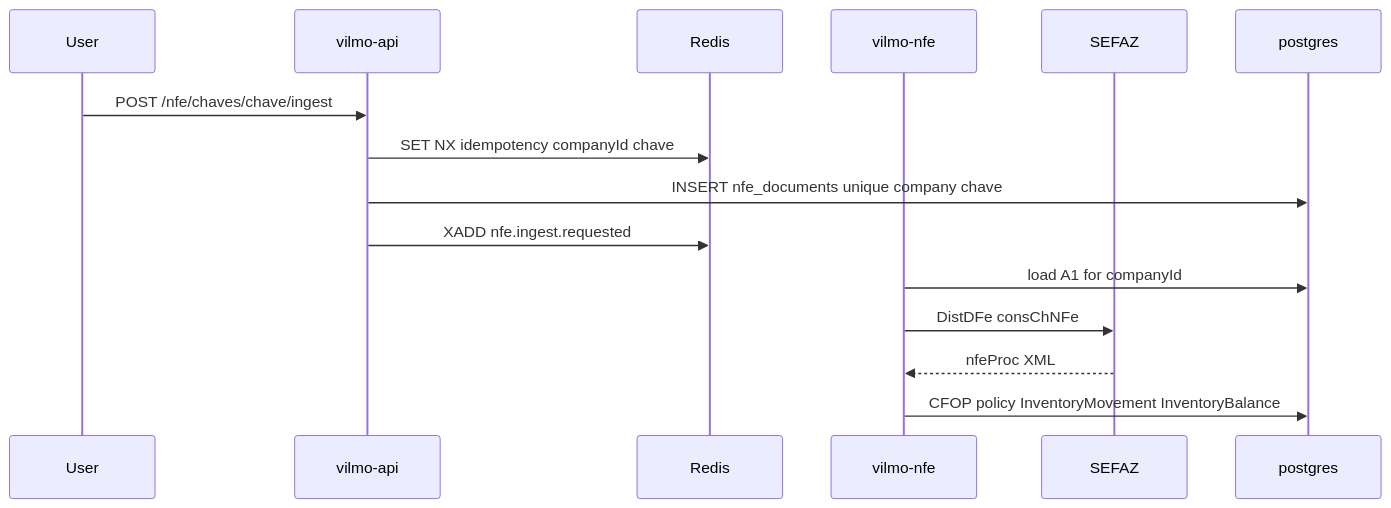
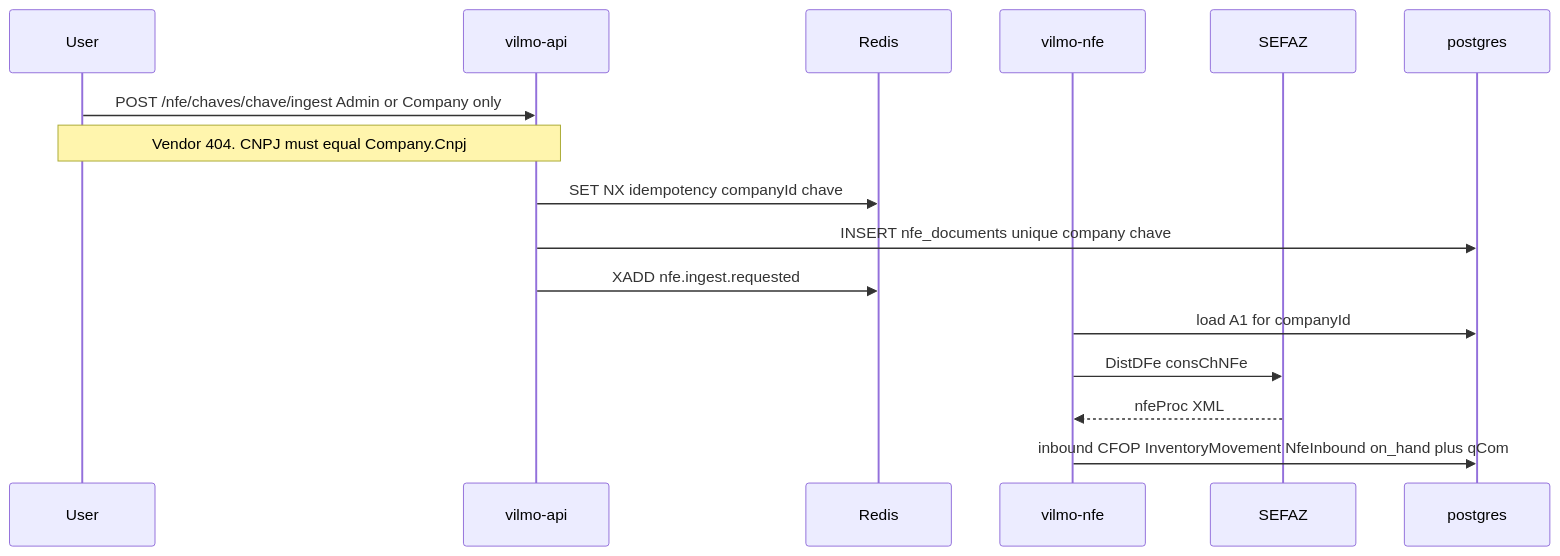
The sixth of 8 diagrams in MD/ARCHITECTURE.md (andrevilmo/VilmoMarketingEngine), drawn with Mermaid before and after one commit. The commit also changed other lines of this file and 13 other files, not shown here.

First line of the commit message:
docs: plan company stock, sale price, and NF-e ingest

````diff
--- a/MD/ARCHITECTURE.md
+++ b/MD/ARCHITECTURE.md
@@ -270,18 +276,19 @@
 ```mermaid
 sequenceDiagram
   participant User
   participant Api as vilmo-api
   participant Redis
   participant Nfe as vilmo-nfe
   participant Sefaz as SEFAZ
   participant Pg as postgres
 
-  User->>Api: POST /nfe/chaves/chave/ingest
+  User->>Api: POST /nfe/chaves/chave/ingest Admin or Company only
+  Note over User,Api: Vendor 404. CNPJ must equal Company.Cnpj
   Api->>Redis: SET NX idempotency companyId chave
   Api->>Pg: INSERT nfe_documents unique company chave
   Api->>Redis: XADD nfe.ingest.requested
   Nfe->>Pg: load A1 for companyId
   Nfe->>Sefaz: DistDFe consChNFe
   Sefaz-->>Nfe: nfeProc XML
-  Nfe->>Pg: CFOP policy InventoryMovement InventoryBalance
+  Nfe->>Pg: inbound CFOP InventoryMovement NfeInbound on_hand plus qCom
 ```
````
